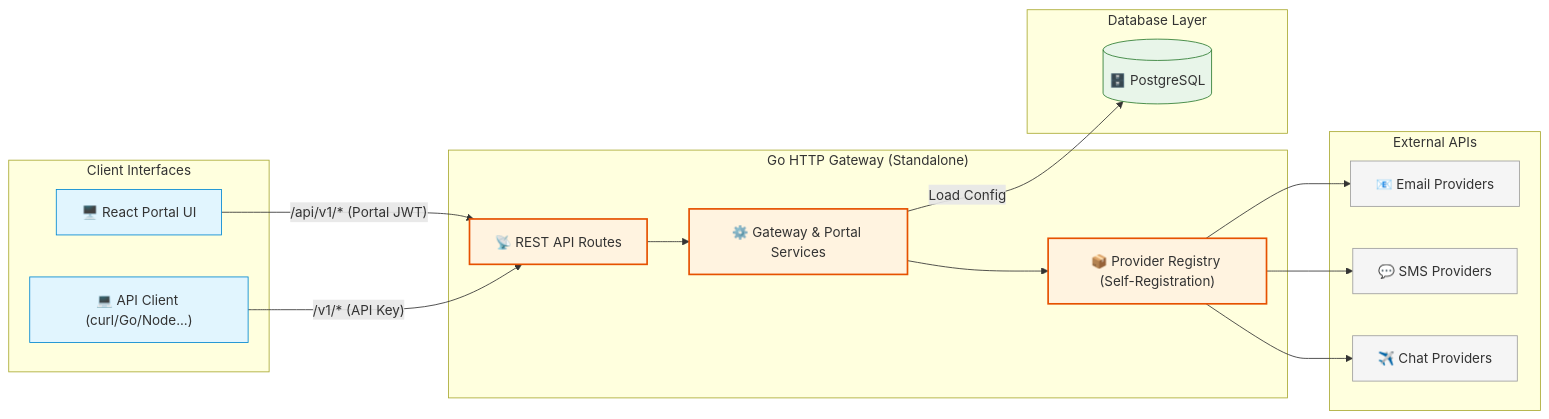
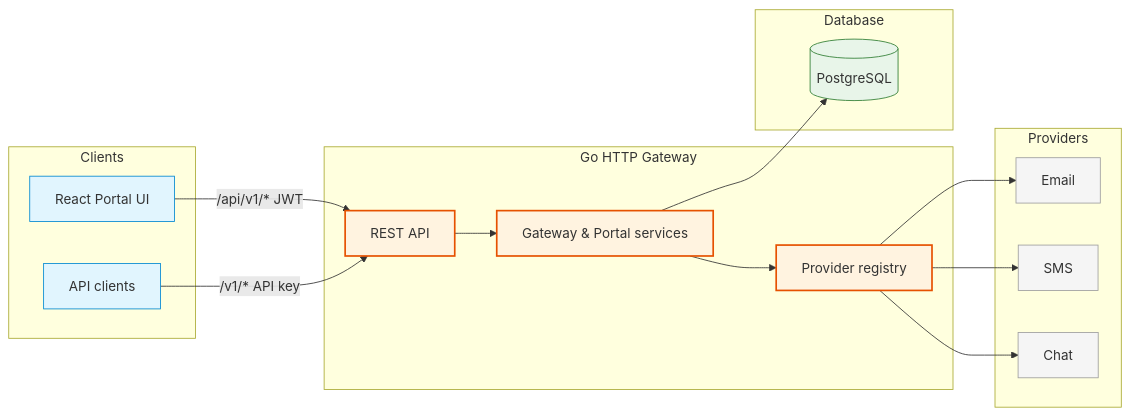
One commit to weprodev/wpd-message-gateway changed the second of 2 diagrams in Readme.md. Above: the diagram before and after it, drawn with Mermaid. The commit also changed other lines of this file and 44 other files, not shown here.

````diff
--- a/Readme.md
+++ b/Readme.md
@@ -76,38 +48,37 @@
 ```mermaid
 graph LR
     classDef client fill:#e1f5fe,stroke:#0288d1,stroke-width:1px;
     classDef main fill:#fff3e0,stroke:#e65100,stroke-width:2px;
     classDef db fill:#e8f5e9,stroke:#2e7d32,stroke-width:1px;
     classDef ext fill:#f5f5f5,stroke:#9e9e9e,stroke-width:1px;
 
-    subgraph ClientLayer ["Client Interfaces"]
-        UI["🖥️ React Portal UI"]:::client
-        AppClient["💻 API Client (curl/Go/Node...)"]:::client
+    subgraph ClientLayer ["Clients"]
+        UI["React Portal UI"]:::client
+        AppClient["API clients"]:::client
     end
 
-    subgraph ServerLayer ["Go HTTP Gateway (Standalone)"]
-        API["📡 REST API Routes"]:::main
-        Svc["⚙️ Gateway & Portal Services"]:::main
-        Reg["📦 Provider Registry (Self-Registration)"]:::main
+    subgraph ServerLayer ["Go HTTP Gateway"]
+        API["REST API"]:::main
+        Svc["Gateway & Portal services"]:::main
+        Reg["Provider registry"]:::main
     end
 
-    subgraph DBLayer ["Database Layer"]
-        DB[(🗄️ PostgreSQL)]:::db
+    subgraph DBLayer ["Database"]
+        DB[(PostgreSQL)]:::db
     end
 
-    subgraph ExternalServices ["External APIs"]
-        EmailProvider["📧 Email Providers"]:::ext
-        SMSProvider["💬 SMS Providers"]:::ext
-        ChatProvider["✈️ Chat Providers"]:::ext
+    subgraph ExternalServices ["Providers"]
+        EmailProvider["Email"]:::ext
+        SMSProvider["SMS"]:::ext
+        ChatProvider["Chat"]:::ext
     end
 
-    %% Routing
-    UI -->|"/api/v1/* (Portal JWT)"| API
-    AppClient -->|"/v1/* (API Key)"| API
+    UI -->|"/api/v1/* JWT"| API
+    AppClient -->|"/v1/* API key"| API
     API --> Svc
-    Svc -->|Load Config| DB
+    Svc --> DB
     Svc --> Reg
     Reg --> EmailProvider
     Reg --> SMSProvider
     Reg --> ChatProvider
 ```
````
